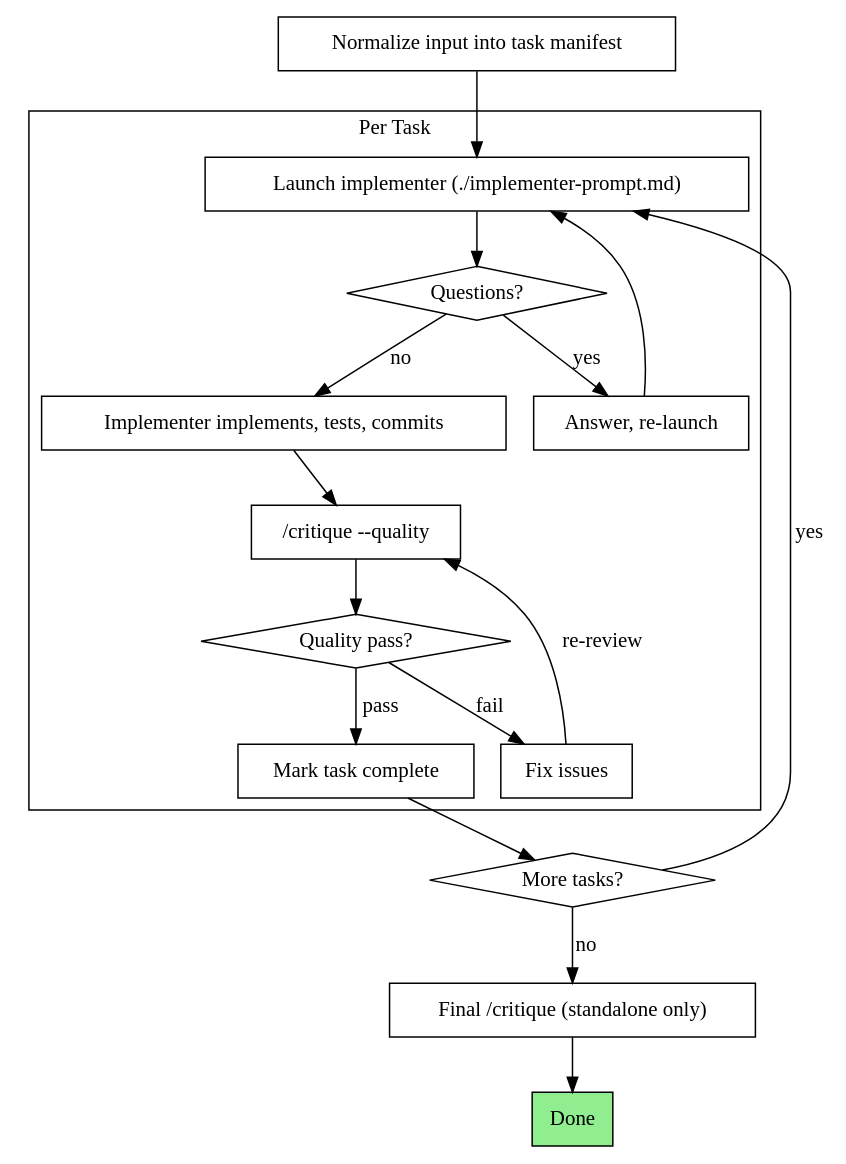
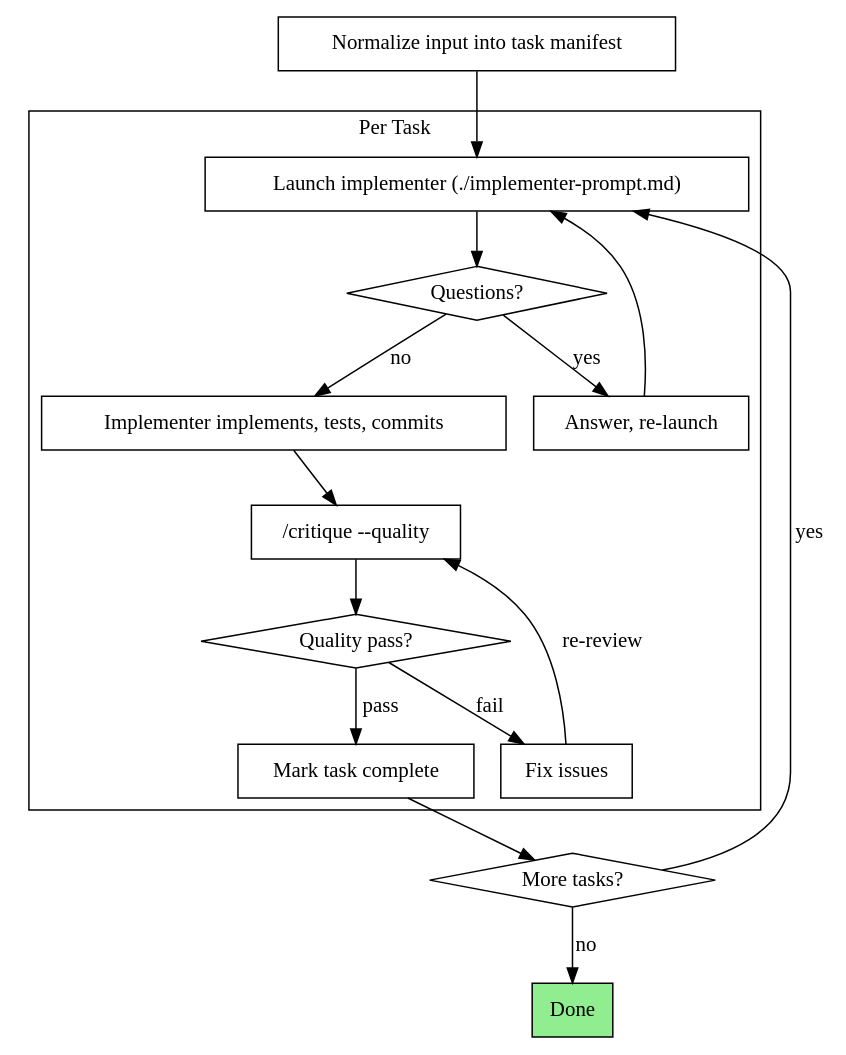
One commit to qyhfrank/agentic-harness changed the diagram in skills/planning/SKILL.md. Above: the diagram before and after it, drawn with Graphviz. The commit also changed other lines of this file and 5 other files, not shown here.

````diff
--- a/skills/planning/SKILL.md
+++ b/skills/planning/SKILL.md
@@ -71,34 +71,32 @@
 ```dot
 digraph process {
     rankdir=TB;
     subgraph cluster_per_task {
         label="Per Task";
         "Launch implementer (./implementer-prompt.md)" [shape=box];
         "Questions?" [shape=diamond];
         "Answer, re-launch" [shape=box];
         "Implementer implements, tests, commits" [shape=box];
         "/critique --quality" [shape=box];
         "Quality pass?" [shape=diamond];
         "Fix issues" [shape=box];
         "Mark task complete" [shape=box];
     }
     "Normalize input into task manifest" [shape=box];
     "More tasks?" [shape=diamond];
-    "Final /critique (standalone only)" [shape=box];
     "Done" [shape=box style=filled fillcolor=lightgreen];
     "Normalize input into task manifest" -> "Launch implementer (./implementer-prompt.md)";
     "Launch implementer (./implementer-prompt.md)" -> "Questions?";
     "Questions?" -> "Answer, re-launch" [label="yes"];
     "Answer, re-launch" -> "Launch implementer (./implementer-prompt.md)";
     "Questions?" -> "Implementer implements, tests, commits" [label="no"];
     "Implementer implements, tests, commits" -> "/critique --quality";
     "/critique --quality" -> "Quality pass?";
     "Quality pass?" -> "Fix issues" [label="fail"];
     "Fix issues" -> "/critique --quality" [label="re-review"];
     "Quality pass?" -> "Mark task complete" [label="pass"];
     "Mark task complete" -> "More tasks?";
     "More tasks?" -> "Launch implementer (./implementer-prompt.md)" [label="yes"];
-    "More tasks?" -> "Final /critique (standalone only)" [label="no"];
-    "Final /critique (standalone only)" -> "Done";
+    "More tasks?" -> "Done" [label="no"];
 }
 ```
````
